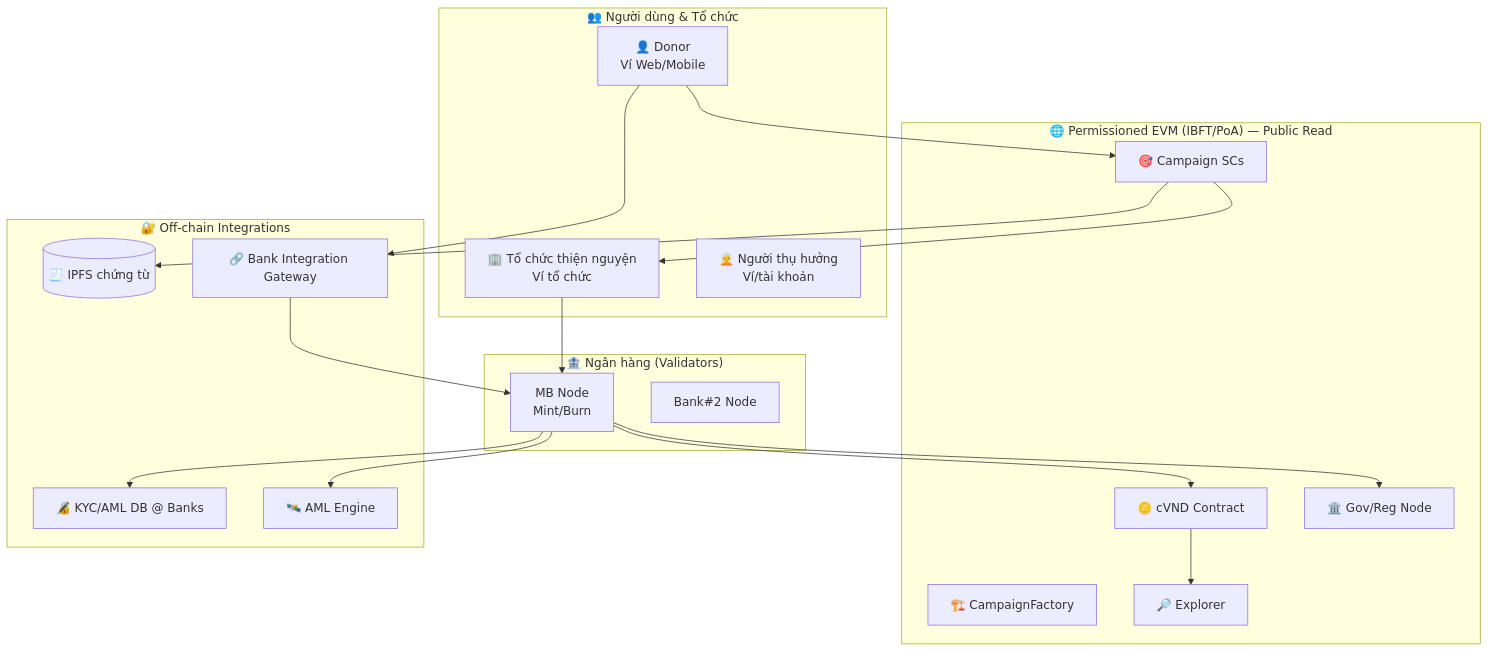
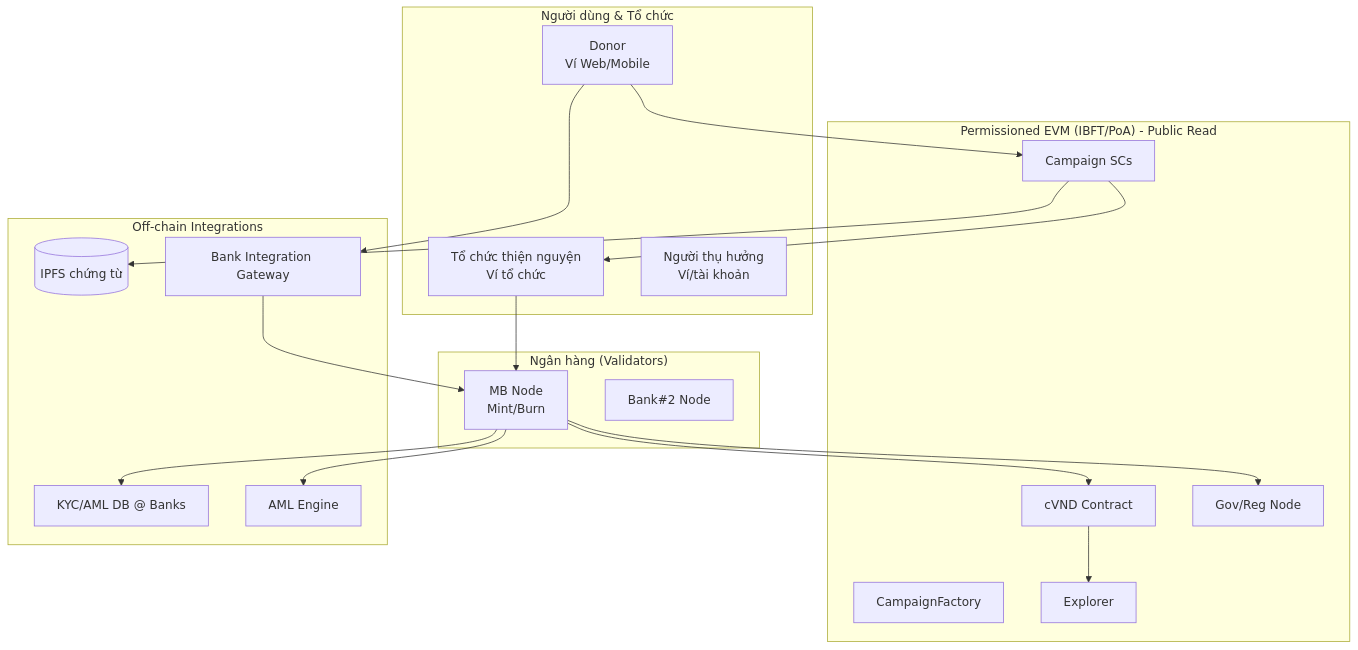
The first of 5 diagrams in documents/intro.md (trunghc97/kind-ledger), drawn with Mermaid before and after one commit. The commit also changed other lines of this file, not shown here.

````diff
--- a/documents/intro.md
+++ b/documents/intro.md
@@ -55,38 +55,38 @@
 ```mermaid
 flowchart TB
-  subgraph Users["👥 Người dùng & Tổ chức"]
-    Donor[👤 Donor\nVí Web/Mobile]
-    Charity[🏢 Tổ chức thiện nguyện\nVí tổ chức]
-    Benef[🧑‍🦳 Người thụ hưởng\nVí/tài khoản]
+  subgraph Users["Người dùng & Tổ chức"]
+    Donor["Donor<br/>Ví Web/Mobile"]
+    Charity["Tổ chức thiện nguyện<br/>Ví tổ chức"]
+    Benef["Người thụ hưởng<br/>Ví/tài khoản"]
   end
 
-  subgraph Banks["🏦 Ngân hàng (Validators)"]
-    MB[MB Node\nMint/Burn]
-    B2[Bank#2 Node]
+  subgraph Banks["Ngân hàng (Validators)"]
+    MB["MB Node<br/>Mint/Burn"]
+    B2["Bank#2 Node"]
   end
 
-  subgraph Chain["🌐 Permissioned EVM (IBFT/PoA) — Public Read"]
-    Token[🪙 cVND Contract]
-    Factory[🏗️ CampaignFactory]
-    Camp[🎯 Campaign SCs]
-    Explorer[🔎 Explorer]
-    Gov[🏛️ Gov/Reg Node]
+  subgraph Chain["Permissioned EVM (IBFT/PoA) - Public Read"]
+    Token["cVND Contract"]
+    Factory["CampaignFactory"]
+    Camp["Campaign SCs"]
+    Explorer["Explorer"]
+    Gov["Gov/Reg Node"]
   end
 
-  subgraph Offchain["🔐 Off‑chain Integrations"]
-    KYC[🔏 KYC/AML DB @ Banks]
-    IPFS[(🧾 IPFS chứng từ)]
-    GW[🔗 Bank Integration Gateway]
-    AML[🛰️ AML Engine]
+  subgraph Offchain["Off-chain Integrations"]
+    KYC["KYC/AML DB @ Banks"]
+    IPFS[("IPFS chứng từ")]
+    GW["Bank Integration Gateway"]
+    AML["AML Engine"]
   end
 
   Donor --> GW --> MB --> Token
   Donor --> Camp
   Camp --> Charity
   Charity --> MB
   MB --> KYC
   MB --> AML
   MB --> Gov
   Token --> Explorer
   Camp --> IPFS
 ```
````
